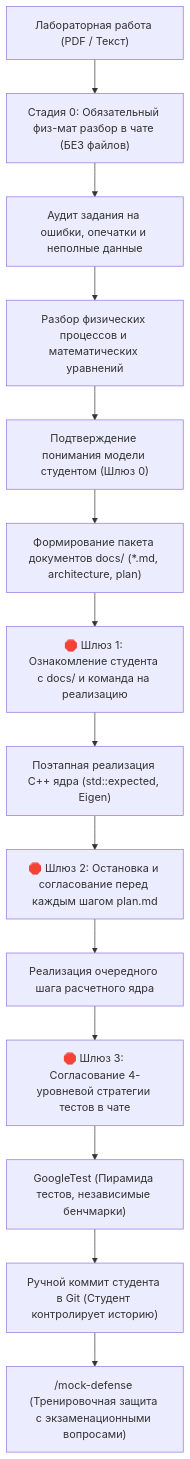
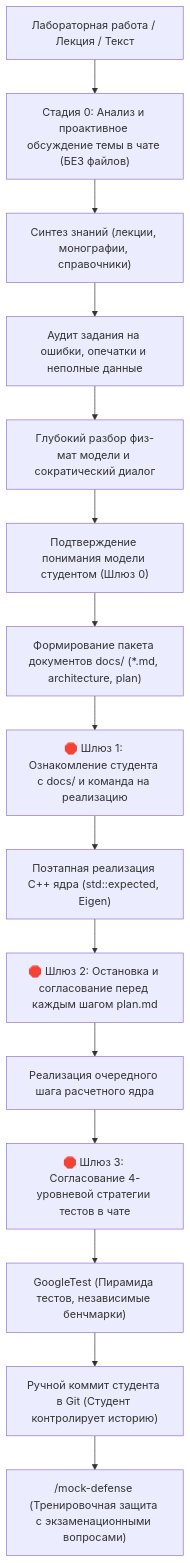
Before and after one commit to BugFix-develop/hydraulics-brainstorm: the diagram in README.md, drawn with Mermaid. The commit also changed other lines of this file and 3 other files, not shown here.

````diff
--- a/README.md
+++ b/README.md
@@ -306,16 +308,17 @@
 ```mermaid
 flowchart TD
-    A["Лабораторная работа (PDF / Текст)"] --> B["Стадия 0: Обязательный физ-мат разбор в чате (БЕЗ файлов)"]
-    B --> B1["Аудит задания на ошибки, опечатки и неполные данные"]
-    B1 --> B2["Разбор физических процессов и математических уравнений"]
-    B2 --> B3["Подтверждение понимания модели студентом (Шлюз 0)"]
-    B3 --> C["Формирование пакета документов docs/ (*.md, architecture, plan)"]
+    A["Лабораторная работа / Лекция / Текст"] --> B["Стадия 0: Анализ и проактивное обсуждение темы в чате (БЕЗ файлов)"]
+    B --> B1["Синтез знаний (лекции, монографии, справочники)"]
+    B1 --> B2["Аудит задания на ошибки, опечатки и неполные данные"]
+    B2 --> B3["Глубокий разбор физ-мат модели и сократический диалог"]
+    B3 --> B4["Подтверждение понимания модели студентом (Шлюз 0)"]
+    B4 --> C["Формирование пакета документов docs/ (*.md, architecture, plan)"]
     C --> D["🛑 Шлюз 1: Ознакомление студента с docs/ и команда на реализацию"]
     D --> E["Поэтапная реализация C++ ядра (std::expected, Eigen)"]
     E --> E1["🛑 Шлюз 2: Остановка и согласование перед каждым шагом plan.md"]
     E1 --> E2["Реализация очередного шага расчетного ядра"]
     E2 --> F["🛑 Шлюз 3: Согласование 4-уровневой стратегии тестов в чате"]
     F --> G["GoogleTest (Пирамида тестов, независимые бенчмарки)"]
     G --> H["Ручной коммит студента в Git (Студент контролирует историю)"]
     H --> I["/mock-defense (Тренировочная защита с экзаменационными вопросами)"]
 ```
````
